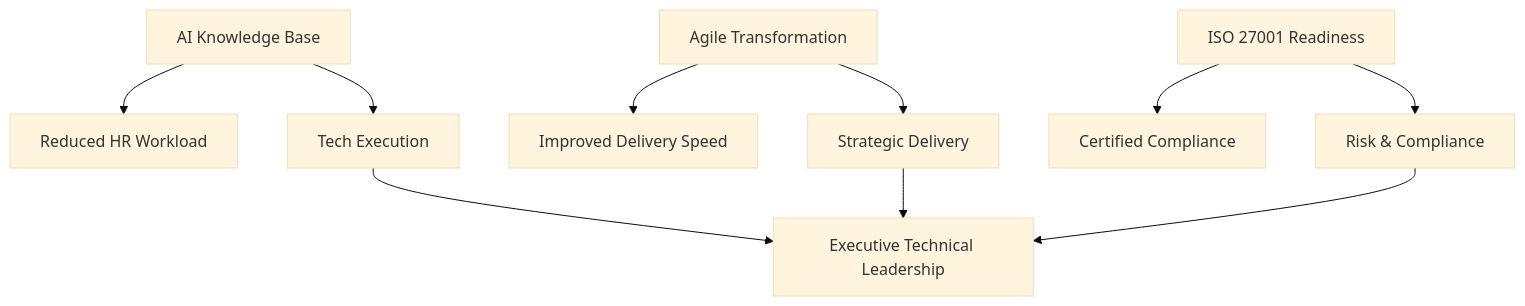
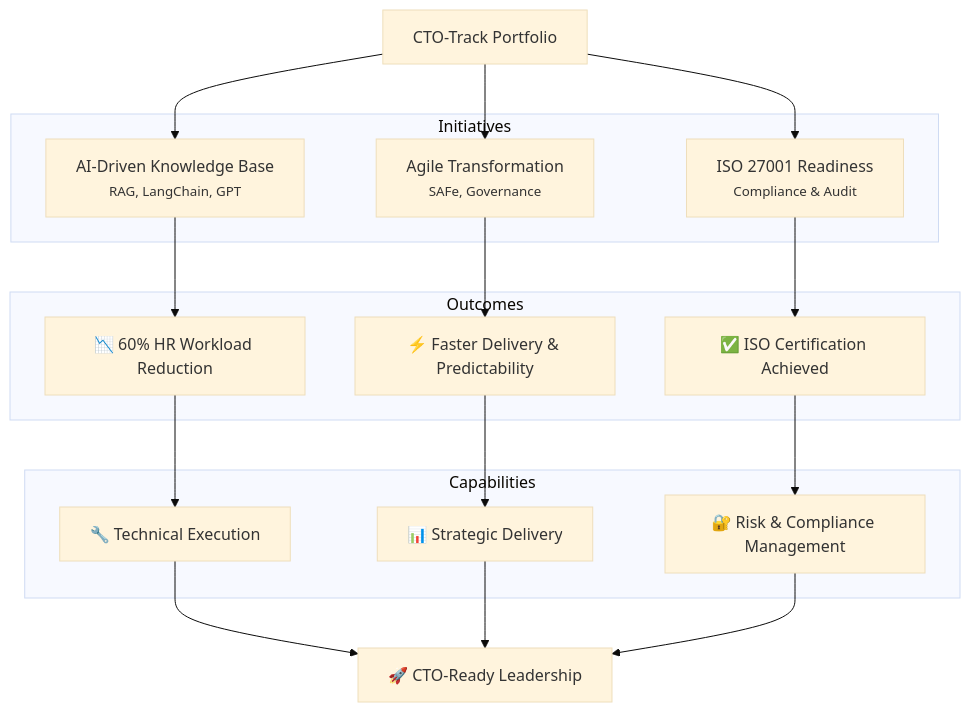
The diagram in README.md (CSkarki/Tech-Leadership), drawn with Mermaid (base theme) before and after one commit.

````diff
--- a/README.md
+++ b/README.md
@@ -34,16 +34,34 @@
 ```mermaid
+graph TD
+    Start[CTO-Track Portfolio]
 
-graph TD
-    AI[AI Knowledge Base] --> R1[Reduced HR Workload]
-    Agile[Agile Transformation] --> R2[Improved Delivery Speed]
-    ISO[ISO 27001 Readiness] --> R3[Certified Compliance]
+    subgraph Initiatives
+        AI[AI-Driven Knowledge Base<br><small>RAG, LangChain, GPT</small>]
+        AG[Agile Transformation<br><small>SAFe, Governance</small>]
+        ISO[ISO 27001 Readiness<br><small>Compliance & Audit</small>]
+    end
 
-    AI --> Exec1[Tech Execution]
-    Agile --> Exec2[Strategic Delivery]
-    ISO --> Exec3[Risk & Compliance]
+    subgraph Outcomes
+        O1[📉 60% HR Workload Reduction]
+        O2[⚡ Faster Delivery & Predictability]
+        O3[✅ ISO Certification Achieved]
+    end
 
-    Exec1 --> CTO[Executive Technical Leadership]
-    Exec2 --> CTO
-    Exec3 --> CTO
+    subgraph Capabilities
+        C1[🔧 Technical Execution]
+        C2[📊 Strategic Delivery]
+        C3[🔐 Risk & Compliance Management]
+    end
 
+    AI --> O1 --> C1
+    AG --> O2 --> C2
+    ISO --> O3 --> C3
+
+    C1 --> CTO[🚀 CTO-Ready Leadership]
+    C2 --> CTO
+    C3 --> CTO
+
+    Start --> AI
+    Start --> AG
+    Start --> ISO
 ```
````
